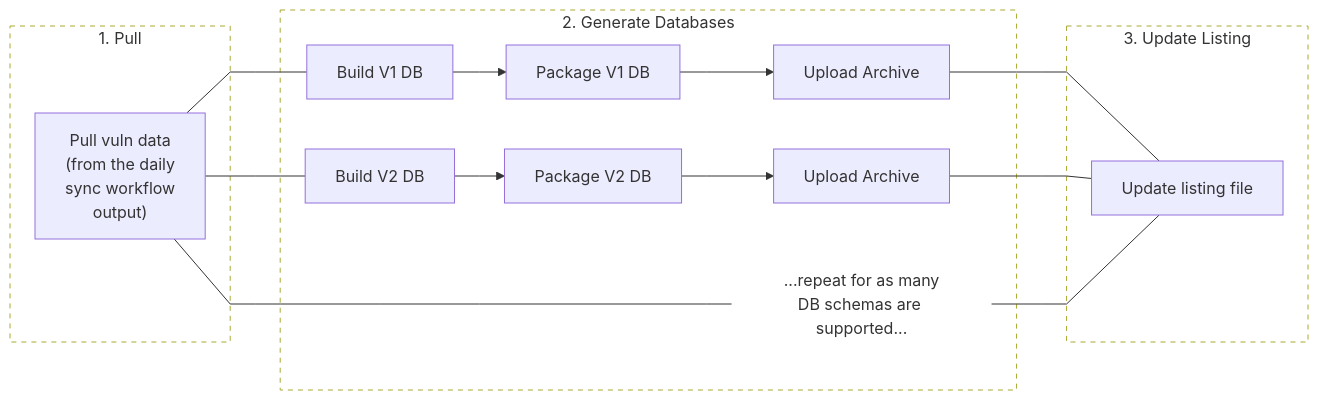
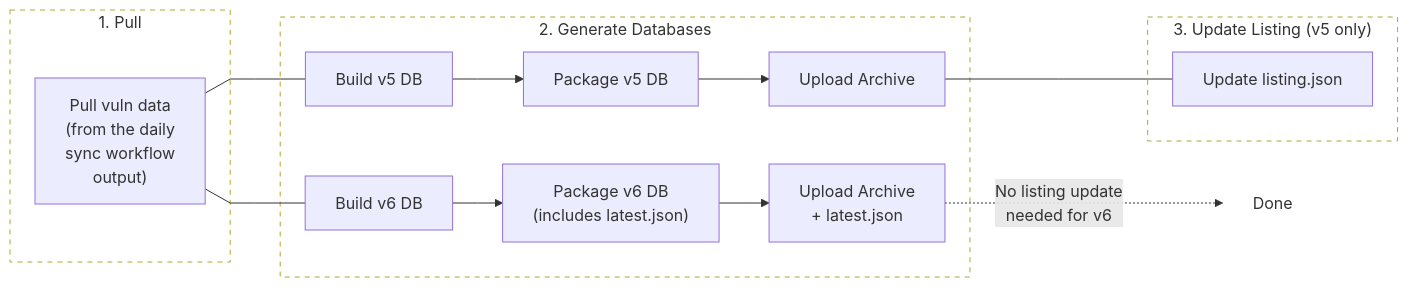
Before and after one commit to anchore-oss-update-bot/oss-docs: the fifth of 5 diagrams in content/docs/architecture/grype-db.md, drawn with Mermaid. The commit also changed other lines of this file and 1 other file, not shown here.

````diff
--- a/content/docs/architecture/grype-db.md
+++ b/content/docs/architecture/grype-db.md
@@ -200,39 +211,35 @@
 ```mermaid
 %%{ init: { 'flowchart': { 'curve': 'linear' } } }%%
 flowchart LR
     subgraph pull["1. Pull"]
         A["Pull vuln data<br/>(from the daily<br/>sync workflow<br/>output)"]
     end
 
     subgraph generate["2. Generate Databases"]
-        B1["Build V1 DB"]
-        C1["Package V1 DB"]
-        D1["Upload Archive"]
+        B5["Build v5 DB"]
+        C5["Package v5 DB"]
+        D5["Upload Archive"]
 
-        B2["Build V2 DB"]
-        C2["Package V2 DB"]
-        D2["Upload Archive"]
+        B6["Build v6 DB"]
+        C6["Package v6 DB<br/>(includes latest.json)"]
+        D6["Upload Archive<br/>+ latest.json"]
 
-        E["...repeat for as many<br/>DB schemas are supported..."]
-
-        B1 --> C1 --> D1
-        B2 --> C2 --> D2
+        B5 --> C5 --> D5
+        B6 --> C6 --> D6
     end
 
-    subgraph listing["3. Update Listing"]
-        F["Update listing file"]
+    subgraph listing["3. Update Listing (v5 only)"]
+        F["Update listing.json"]
     end
 
-    A --- B1
-    A --- B2
-    A --- E
+    A --- B5
+    A --- B6
 
-    D1 --- F
-    D2 --- F
-    E --- F
+    D5 --- F
+    D6 -.->|"No listing update<br/>needed for v6"| G[Done]
 
     style pull stroke-dasharray: 5 5, fill:none
     style generate stroke-dasharray: 5 5, fill:none
     style listing stroke-dasharray: 5 5, fill:none
-    style E fill:none,stroke:none
+    style G fill:none,stroke:none
 ```
````
